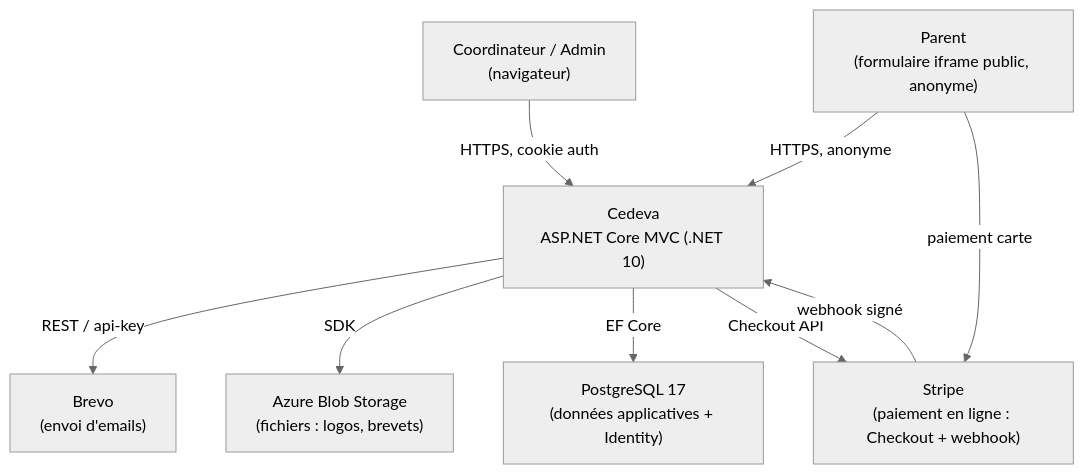
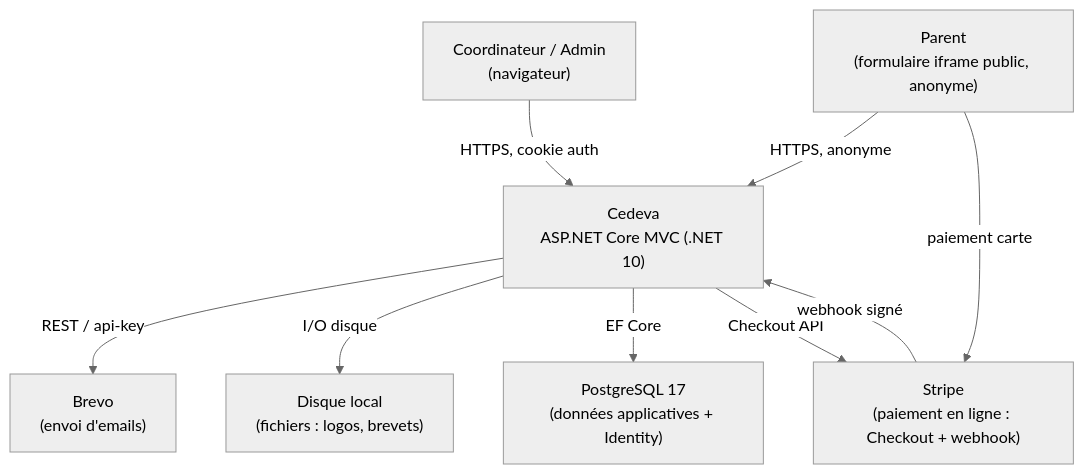
One commit to ogautier1980/cedeva-v2 changed the first of 4 diagrams in docs/architecture.md. Above: the diagram before and after it, drawn with Mermaid (neutral theme). The commit also changed other lines of this file and 13 other files, not shown here.

````diff
--- a/docs/architecture.md
+++ b/docs/architecture.md
@@ -10,19 +10,19 @@
 ```mermaid
 graph TB
     coord["Coordinateur / Admin<br/>(navigateur)"]
     parent["Parent<br/>(formulaire iframe public, anonyme)"]
     cedeva["Cedeva<br/>ASP.NET Core MVC (.NET 10)"]
     brevo["Brevo<br/>(envoi d'emails)"]
-    blob["Azure Blob Storage<br/>(fichiers : logos, brevets)"]
+    blob["Disque local<br/>(fichiers : logos, brevets)"]
     sql["PostgreSQL 17<br/>(données applicatives + Identity)"]
     stripe["Stripe<br/>(paiement en ligne : Checkout + webhook)"]
 
     coord -->|HTTPS, cookie auth| cedeva
     parent -->|HTTPS, anonyme| cedeva
     parent -->|paiement carte| stripe
     cedeva -->|REST / api-key| brevo
-    cedeva -->|SDK| blob
+    cedeva -->|I/O disque| blob
     cedeva -->|EF Core| sql
     cedeva -->|Checkout API| stripe
     stripe -->|webhook signé| cedeva
 ```
````
